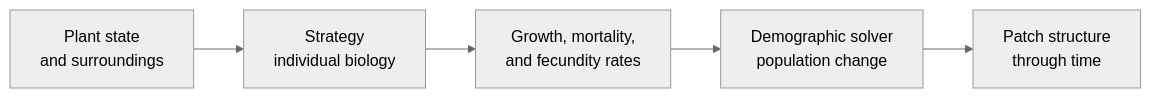
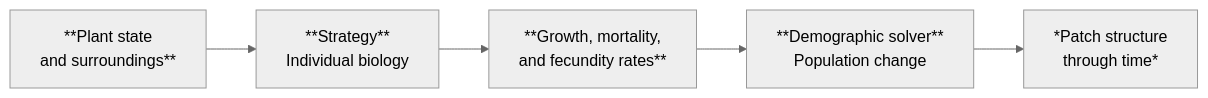
One commit to traitecoevo/overstorey changed the first of 4 diagrams in theory/overview.qmd. Above: the diagram before and after it, drawn with Mermaid (neutral theme). The commit also changed other lines of this file and 1 other file, not shown here.

Commit message:
Wording changes and comments in main page and theory overview

````diff
--- a/theory/overview.qmd
+++ b/theory/overview.qmd
@@ -49,9 +49,9 @@
 ```{mermaid}
 flowchart LR
 accTitle: Biology and population dynamics in plant
 accDescr: A strategy converts plant state and surroundings into demographic rates. The demographic solver applies those rates to the population through time.
-  A["Plant state<br/>and surroundings"] --> B["Strategy<br/>individual biology"]
-  B --> C["Growth, mortality,<br/>and fecundity rates"]
-  C --> D["Demographic solver<br/>population change"]
-  D --> E["Patch structure<br/>through time"]
+  A["**Plant state<br/>and surroundings**"] --> B["**Strategy**<br/>Individual biology"]
+  B --> C["**Growth, mortality,<br/>and fecundity rates**"]
+  C --> D["**Demographic solver**<br/>Population change"]
+  D --> E["*Patch structure<br/>through time*"]
 ```
````
